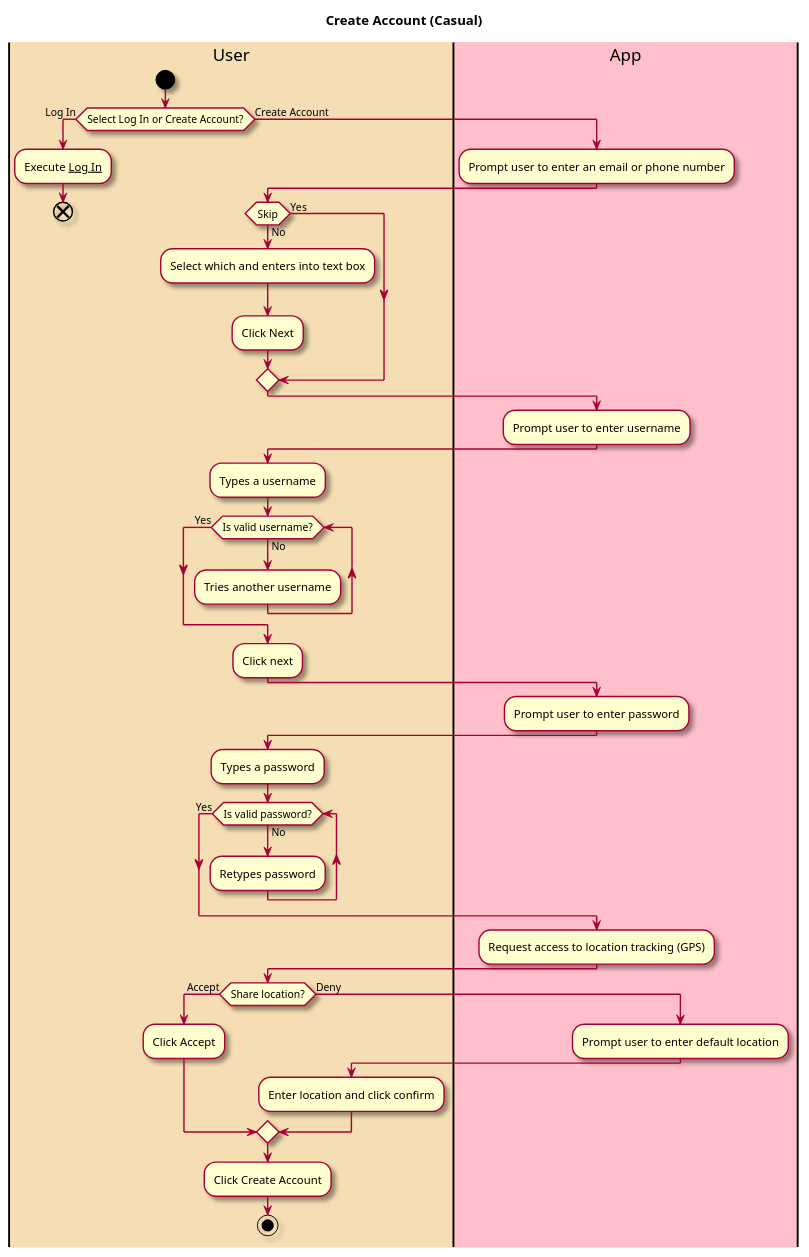
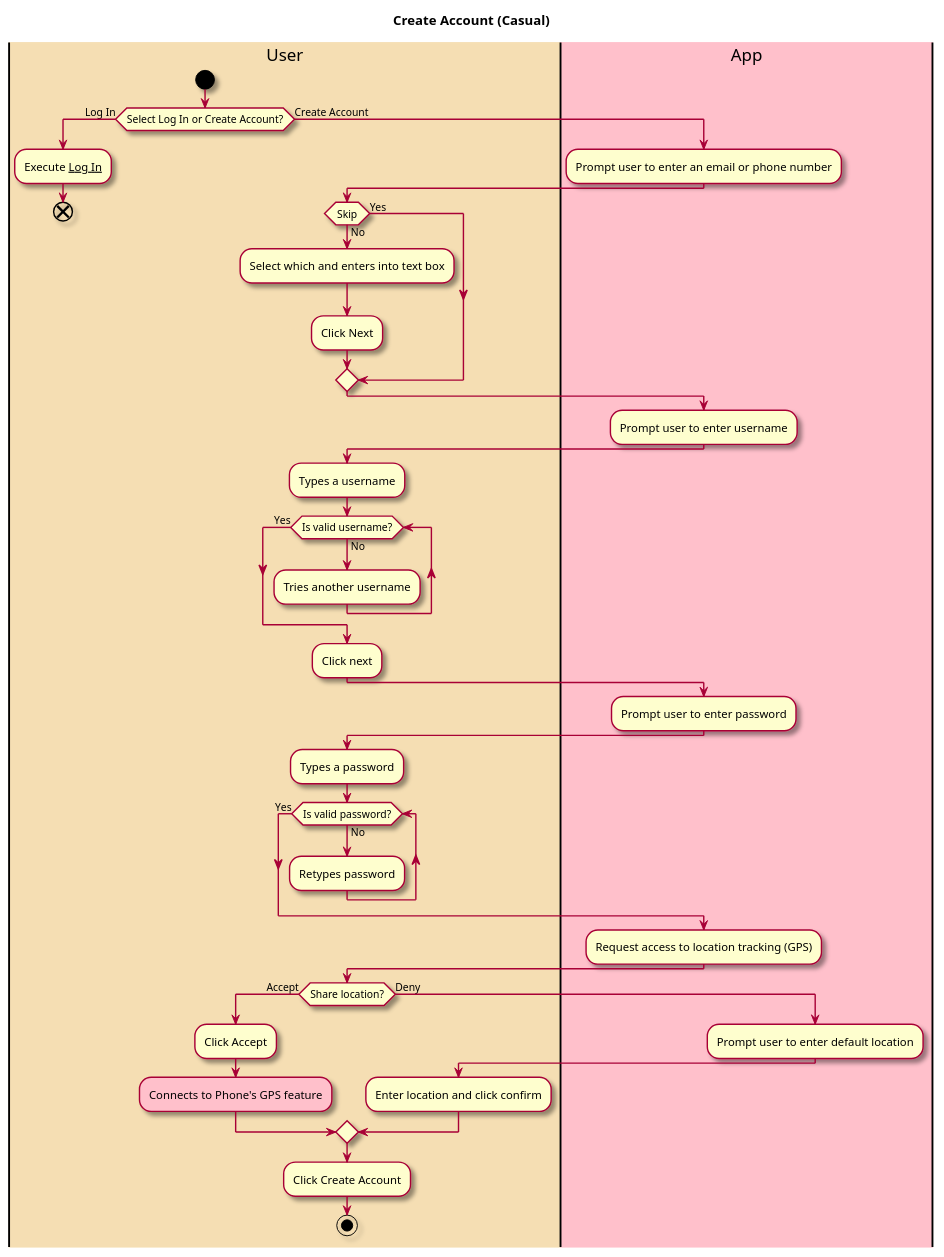
Before and after one commit to tanwasp/LunchBox-Android: the first of 2 diagrams in intellij/doc/use_cases/create-account.md, drawn with PlantUML. The commit also changed other lines of this file and 4 other files, not shown here.

````diff
--- a/intellij/doc/use_cases/create-account.md
+++ b/intellij/doc/use_cases/create-account.md
@@ -31,67 +32,68 @@
 ```plantuml
 @startuml
 
 skin rose
 
 title Create Account (Casual)
 
 |#wheat|User|
 |#pink|App|
 
 |User|
 start
 if (Select Log In or Create Account?) is (Log In) then
 :Execute __Log In__; 
 end
 else (Create Account)
 |App|
 :Prompt user to enter an email or phone number;
 
 |User|
 if (Skip) is (No) then
 :Select which and enters into text box;
 :Click Next;
 else (Yes)
 endif
 
 |App|
 :Prompt user to enter username;
 
 |User|
 :Types a username;
 
 while (Is valid username?) is (No) 
 |User|
 :Tries another username;
 endwhile (Yes)
 :Click next;
 
 |App|
 :Prompt user to enter password;
 
 |User|
 :Types a password;
 
 while (Is valid password?) is (No) 
 |User|
 :Retypes password;
 endwhile (Yes)
 
 |App|
 :Request access to location tracking (GPS);
 
 |User|
 if (Share location?) is (Accept) then
 :Click Accept;
+#pink:Connects to Phone's GPS feature;
 else (Deny)
 |App|
 :Prompt user to enter default location;
 |User|
 :Enter location and click confirm;
 endif
 
 :Click Create Account;
 stop
 
 @enduml
 ```
````
